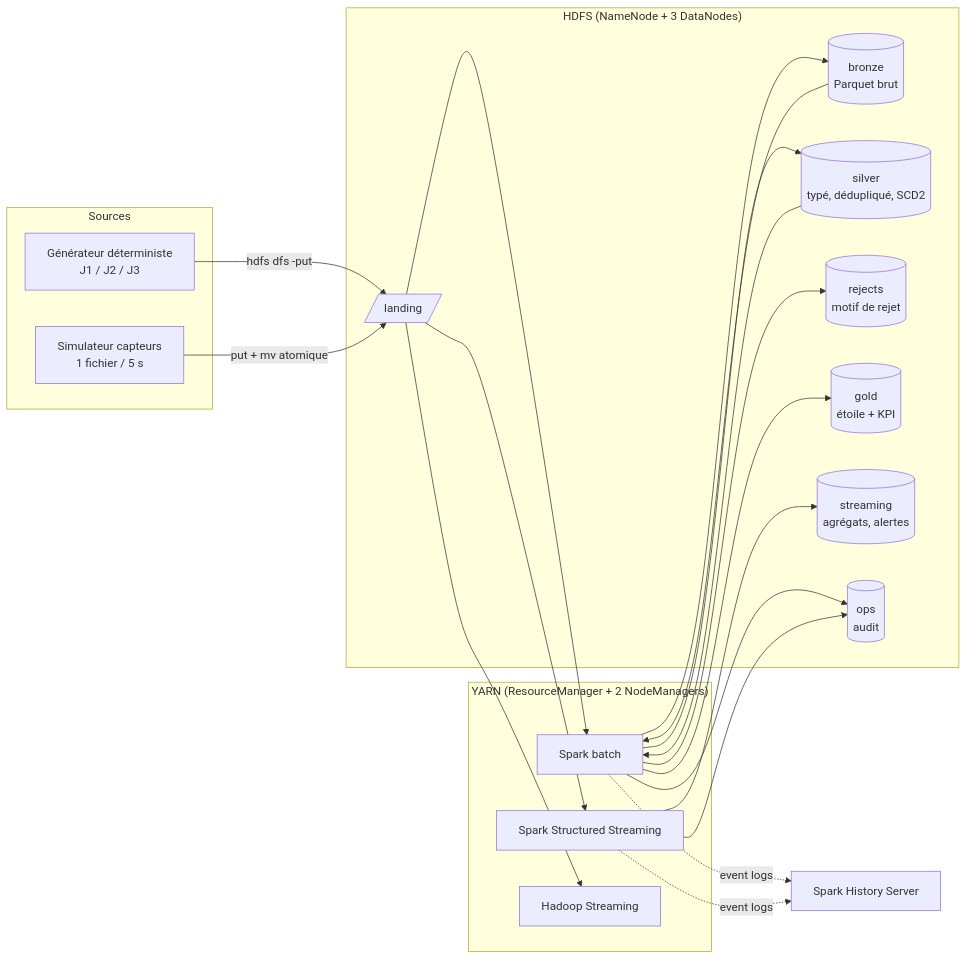
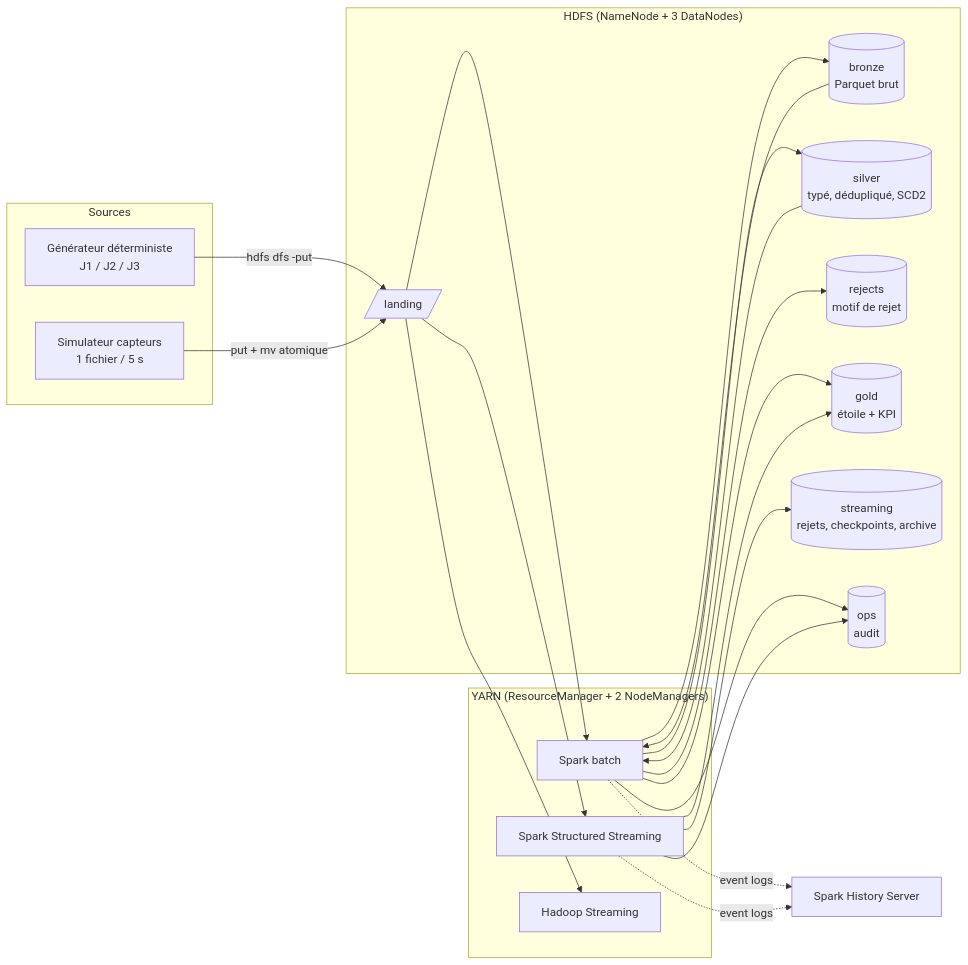
One commit to BAYRYO/globaltech-data-platform changed the diagram in docs/architecture.md. Above: the diagram before and after it, drawn with Mermaid. The commit also changed other lines of this file, not shown here.

First line of the commit message:
docs(architecture): describe the stream as built and its housekeeping

````diff
--- a/docs/architecture.md
+++ b/docs/architecture.md
@@ -13,31 +13,32 @@
 ```mermaid
 flowchart LR
   subgraph Sources
     GEN[Générateur déterministe<br/>J1 / J2 / J3]
     SIM[Simulateur capteurs<br/>1 fichier / 5 s]
   end
   subgraph HDFS["HDFS (NameNode + 3 DataNodes)"]
     LAND[/landing/]
     BRZ[(bronze<br/>Parquet brut)]
     SLV[(silver<br/>typé, dédupliqué, SCD2)]
     REJ[(rejects<br/>motif de rejet)]
     GLD[(gold<br/>étoile + KPI)]
-    STR[(streaming<br/>agrégats, alertes)]
+    STR[(streaming<br/>rejets, checkpoints, archive)]
     OPS[(ops<br/>audit)]
   end
   subgraph YARN["YARN (ResourceManager + 2 NodeManagers)"]
     SB[Spark batch]
     SS[Spark Structured Streaming]
     MR[Hadoop Streaming]
   end
   GEN -->|hdfs dfs -put| LAND
   SIM -->|put + mv atomique| LAND
   LAND --> SB --> BRZ
   BRZ --> SB --> SLV
   SB --> REJ
   SLV --> SB --> GLD
-  LAND --> SS --> STR
+  LAND --> SS --> GLD
+  SS --> STR
   LAND --> MR
   SB & SS --> OPS
   SB & SS -.event logs.-> SHS[Spark History Server]
 ```
````
